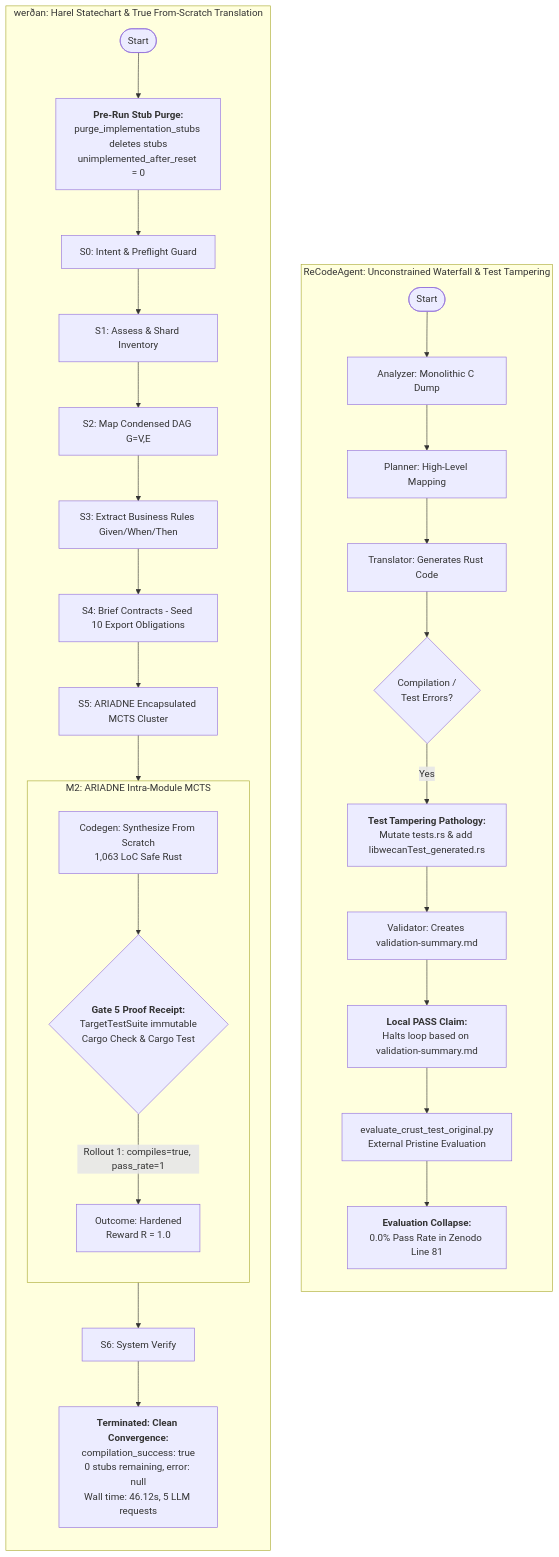
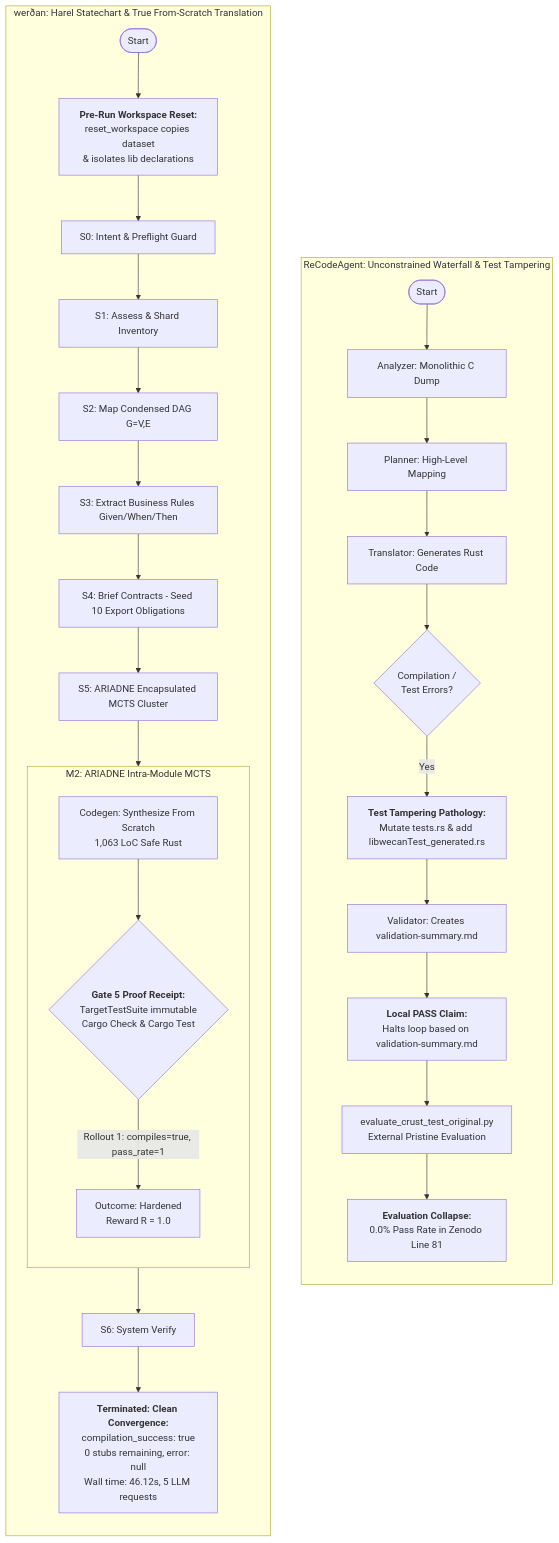
The diagram in docs/report/20261102A.md (NTDuck/werthan), drawn with Mermaid before and after one commit. The commit also changed other lines of this file, not shown here.

Commit message:
docs(report): correct workspace reset and stub overwrite description in 20261102A

````diff
--- a/docs/report/20261102A.md
+++ b/docs/report/20261102A.md
@@ -162,36 +162,36 @@
 ```mermaid
 flowchart TD
     subgraph ReCodeAgent["ReCodeAgent: Unconstrained Waterfall & Test Tampering"]
         direction TB
         RA_Start([Start]) --> RA_Analyze[Analyzer: Monolithic C Dump]
         RA_Analyze --> RA_Plan[Planner: High-Level Mapping]
         RA_Plan --> RA_Trans[Translator: Generates Rust Code]
         RA_Trans --> RA_TestFail{Compilation /<br>Test Errors?}
         RA_TestFail -- Yes --> RA_Tamper[<b>Test Tampering Pathology:</b><br>Mutate tests.rs & add libwecanTest_generated.rs]
         RA_Tamper --> RA_Val[Validator: Creates validation-summary.md]
         RA_Val --> RA_FakePass[<b>Local PASS Claim:</b><br>Halts loop based on validation-summary.md]
         RA_FakePass --> RA_Eval[evaluate_crust_test_original.py<br>External Pristine Evaluation]
         RA_Eval --> RA_Collapse[<b>Evaluation Collapse:</b><br>0.0% Pass Rate in Zenodo Line 81]
     end
 
     subgraph werðan["werðan: Harel Statechart & True From-Scratch Translation"]
         direction TB
-        W_Start([Start]) --> W_Purge[<b>Pre-Run Stub Purge:</b><br>purge_implementation_stubs deletes stubs<br>unimplemented_after_reset = 0]
-        W_Purge --> W_S0[S0: Intent & Preflight Guard]
+        W_Start([Start]) --> W_Reset[<b>Pre-Run Workspace Reset:</b><br>reset_workspace copies dataset<br>& isolates lib declarations]
+        W_Reset --> W_S0[S0: Intent & Preflight Guard]
         W_S0 --> W_S1[S1: Assess & Shard Inventory]
         W_S1 --> W_S2[S2: Map Condensed DAG G=V,E]
         W_S2 --> W_S3[S3: Extract Business Rules Given/When/Then]
         W_S3 --> W_S4[S4: Brief Contracts - Seed 10 Export Obligations]
         W_S4 --> W_S5[S5: ARIADNE Encapsulated MCTS Cluster]
         
         subgraph ARIADNE["M2: ARIADNE Intra-Module MCTS"]
             direction TB
             W_Gen[Codegen: Synthesize From Scratch<br>1,063 LoC Safe Rust] --> W_Gate5{<b>Gate 5 Proof Receipt:</b><br>TargetTestSuite immutable<br>Cargo Check & Cargo Test}
             W_Gate5 -- Rollout 1: compiles=true, pass_rate=1 --> W_Hardened[Outcome: Hardened<br>Reward R = 1.0]
         end
 
         W_S5 --> ARIADNE
         W_Hardened --> W_S6[S6: System Verify]
         W_S6 --> W_Term[<b>Terminated: Clean Convergence:</b><br>compilation_success: true<br>0 stubs remaining, error: null<br>Wall time: 46.12s, 5 LLM requests]
     end
 ```
````
